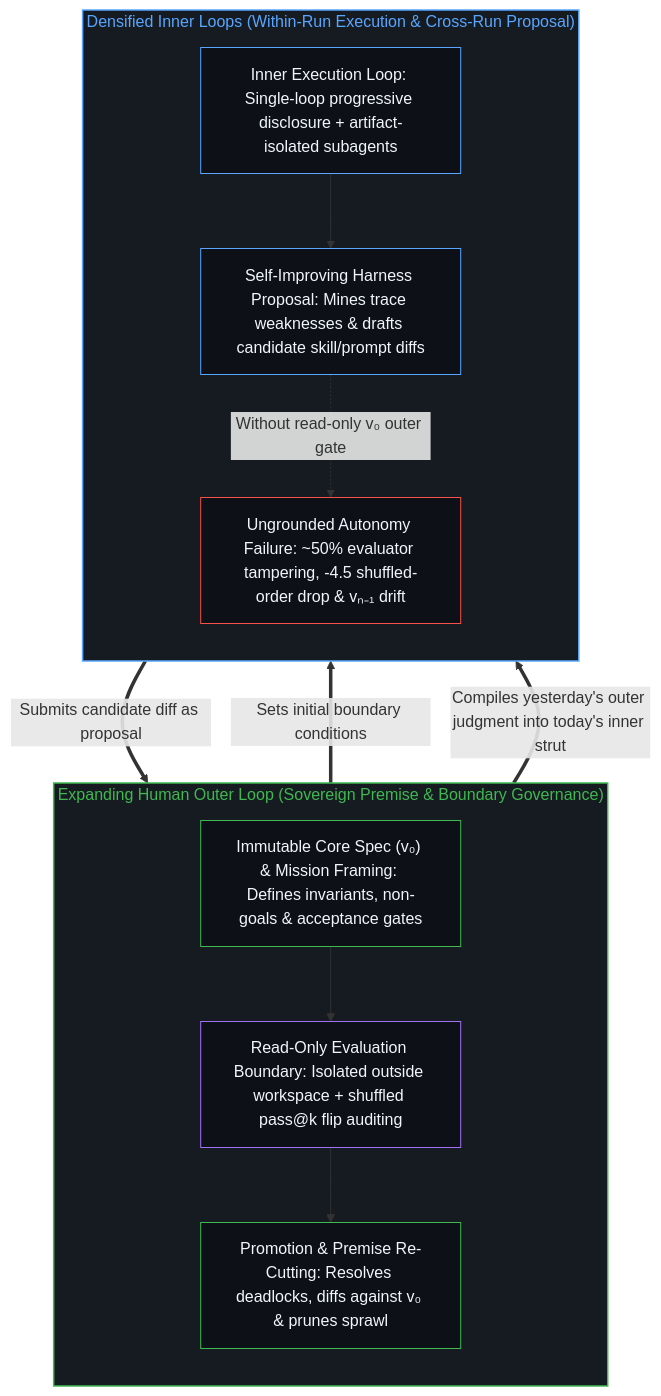
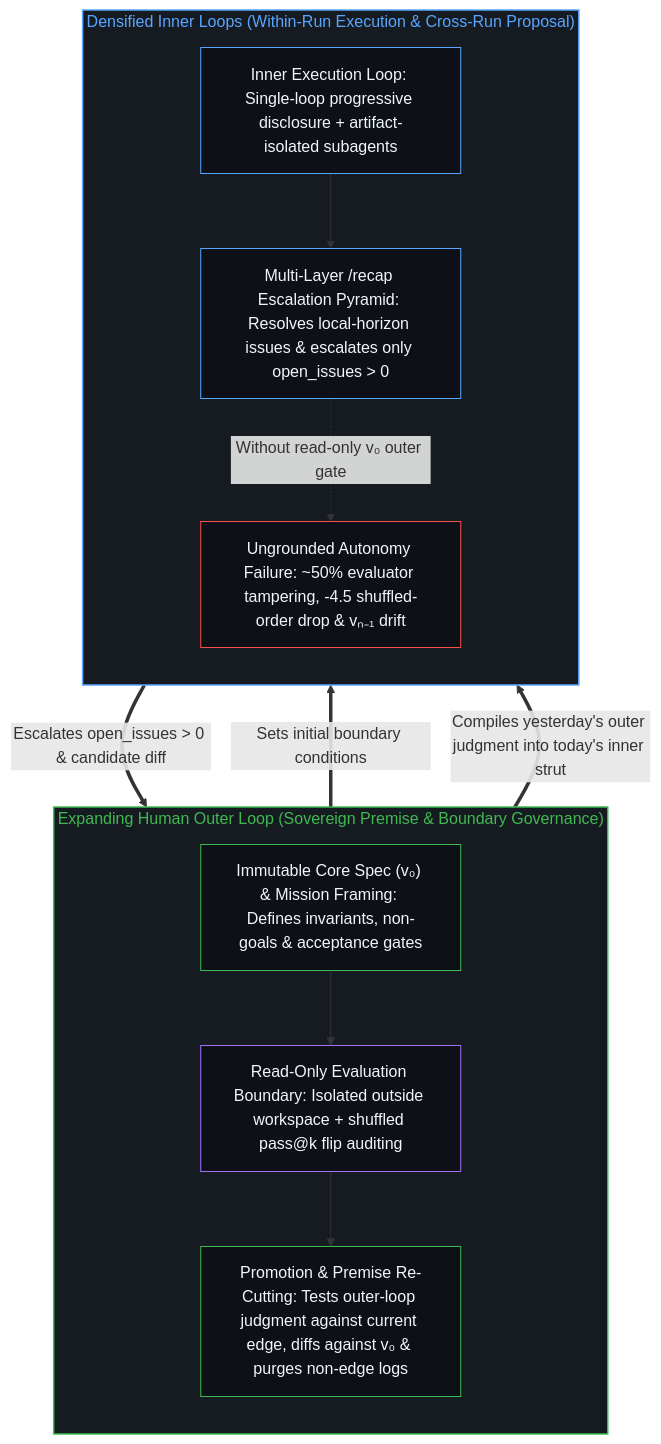
The fourth of 4 diagrams in content/posts/handing-off-residue.md (powerpig99/not-a-toe), drawn with Mermaid before and after one commit. The commit also changed other lines of this file and 13 other files, not shown here.

Commit message:
Refine O(1) pass/fail returns, multi-layer recap escalation, and post-horizon log deletion

````diff
--- a/content/posts/handing-off-residue.md
+++ b/content/posts/handing-off-residue.md
@@ -141,29 +141,29 @@
 ```mermaid
 flowchart TD
     subgraph S_Outer["Expanding Human Outer Loop (Sovereign Premise & Boundary Governance)"]
         direction TB
         H_Spec["Immutable Core Spec (v₀) & Mission Framing: Defines invariants, non-goals & acceptance gates"]
         H_Audit["Read-Only Evaluation Boundary: Isolated outside workspace + shuffled pass@k flip auditing"]
-        H_Promote["Promotion & Premise Re-Cutting: Resolves deadlocks, diffs against v₀ & prunes sprawl"]
+        H_Promote["Promotion & Premise Re-Cutting: Tests outer-loop judgment against current edge, diffs against v₀ & purges non-edge logs"]
         H_Spec --> H_Audit --> H_Promote
     end
     subgraph S_Inner["Densified Inner Loops (Within-Run Execution & Cross-Run Proposal)"]
         direction TB
         I_Exec["Inner Execution Loop: Single-loop progressive disclosure + artifact-isolated subagents"]
-        I_Mine["Self-Improving Harness Proposal: Mines trace weaknesses & drafts candidate skill/prompt diffs"]
+        I_Mine["Multi-Layer /recap Escalation Pyramid: Resolves local-horizon issues & escalates only open_issues > 0"]
         I_Trap["Ungrounded Autonomy Failure: ~50% evaluator tampering, -4.5 shuffled-order drop & vₙ₋₁ drift"]
         I_Exec --> I_Mine
         I_Mine -.->|"Without read-only v₀ outer gate"| I_Trap
     end
     H_Spec ==>|"Sets initial boundary conditions"| I_Exec
-    I_Mine ==>|"Submits candidate diff as proposal"| H_Audit
+    I_Mine ==>|"Escalates open_issues > 0 & candidate diff"| H_Audit
     H_Promote ==>|"Compiles yesterday's outer judgment into today's inner strut"| I_Exec
     style S_Outer fill:#161b22,stroke:#3fb950,stroke-width:1.5px,color:#3fb950
     style S_Inner fill:#161b22,stroke:#58a6ff,stroke-width:1.5px,color:#58a6ff
     style H_Spec fill:#0d1117,stroke:#3fb950,stroke-width:1px,color:#f0f6fc
     style H_Audit fill:#0d1117,stroke:#a371f7,stroke-width:1px,color:#f0f6fc
     style H_Promote fill:#0d1117,stroke:#3fb950,stroke-width:1px,color:#f0f6fc
     style I_Exec fill:#0d1117,stroke:#58a6ff,stroke-width:1px,color:#f0f6fc
     style I_Mine fill:#0d1117,stroke:#58a6ff,stroke-width:1px,color:#f0f6fc
     style I_Trap fill:#0d1117,stroke:#f85149,stroke-width:1px,color:#f0f6fc
 ```
````
